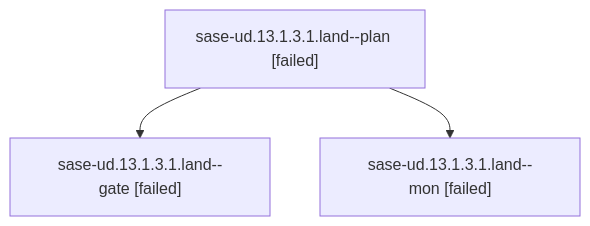
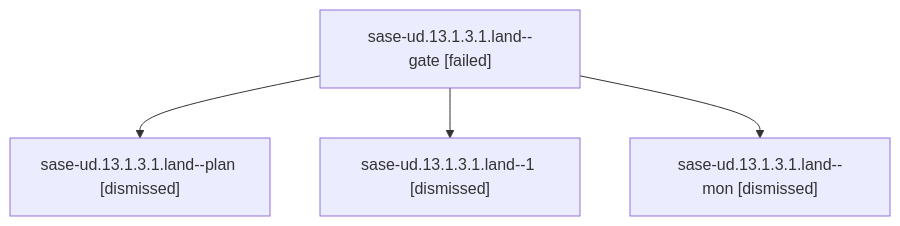
One commit to sase-org/sase--agents changed the diagram in families/bbugyi200.athena.sase-ud.13.1.3.1.land.md. Above: the diagram before and after it, drawn with Mermaid. The commit also changed other lines of this file and 206 other files, not shown here.

````diff
--- a/families/bbugyi200.athena.sase-ud.13.1.3.1.land.md
+++ b/families/bbugyi200.athena.sase-ud.13.1.3.1.land.md
@@ -9,8 +9,10 @@
 ```mermaid
 flowchart TD
-  n0["sase-ud.13.1.3.1.land--plan [failed]"]
-  n1["sase-ud.13.1.3.1.land--gate [failed]"]
+  n0["sase-ud.13.1.3.1.land--gate [failed]"]
+  n1["sase-ud.13.1.3.1.land--plan [dismissed]"]
   n0 --> n1
-  n2["sase-ud.13.1.3.1.land--mon [failed]"]
+  n2["sase-ud.13.1.3.1.land--1 [dismissed]"]
   n0 --> n2
+  n3["sase-ud.13.1.3.1.land--mon [dismissed]"]
+  n0 --> n3
 ```
````
